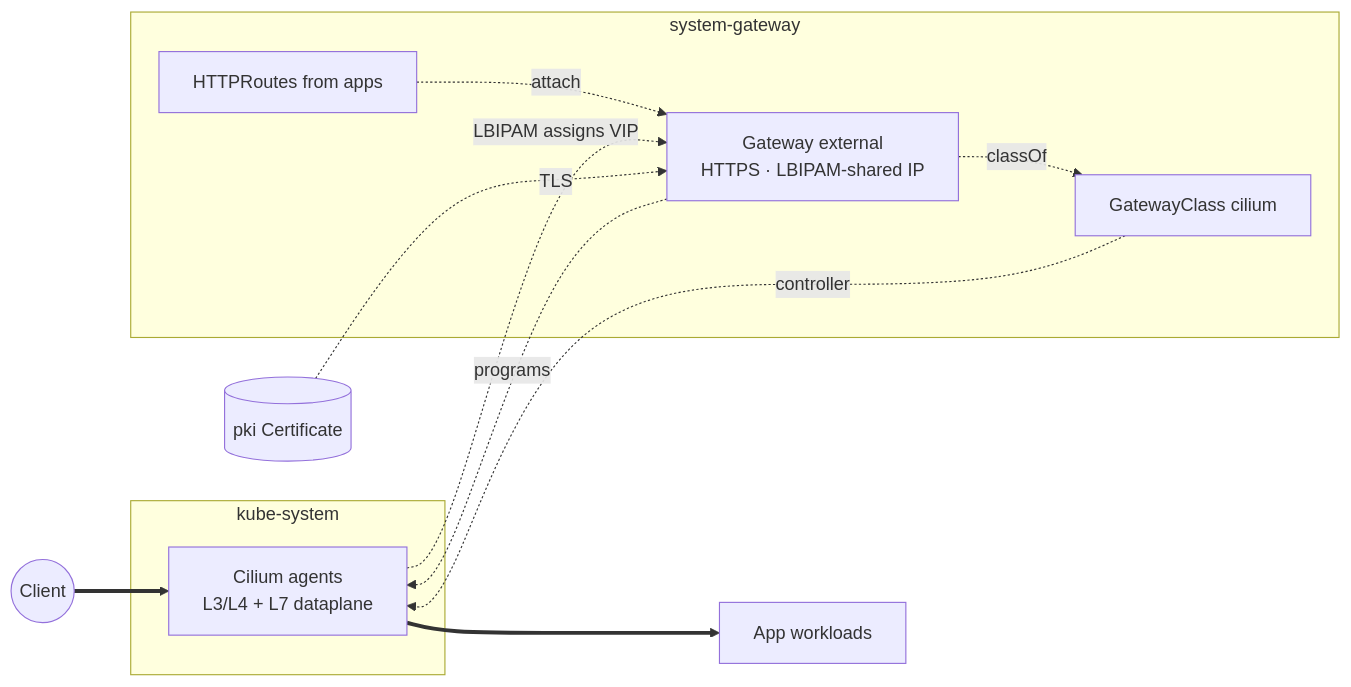
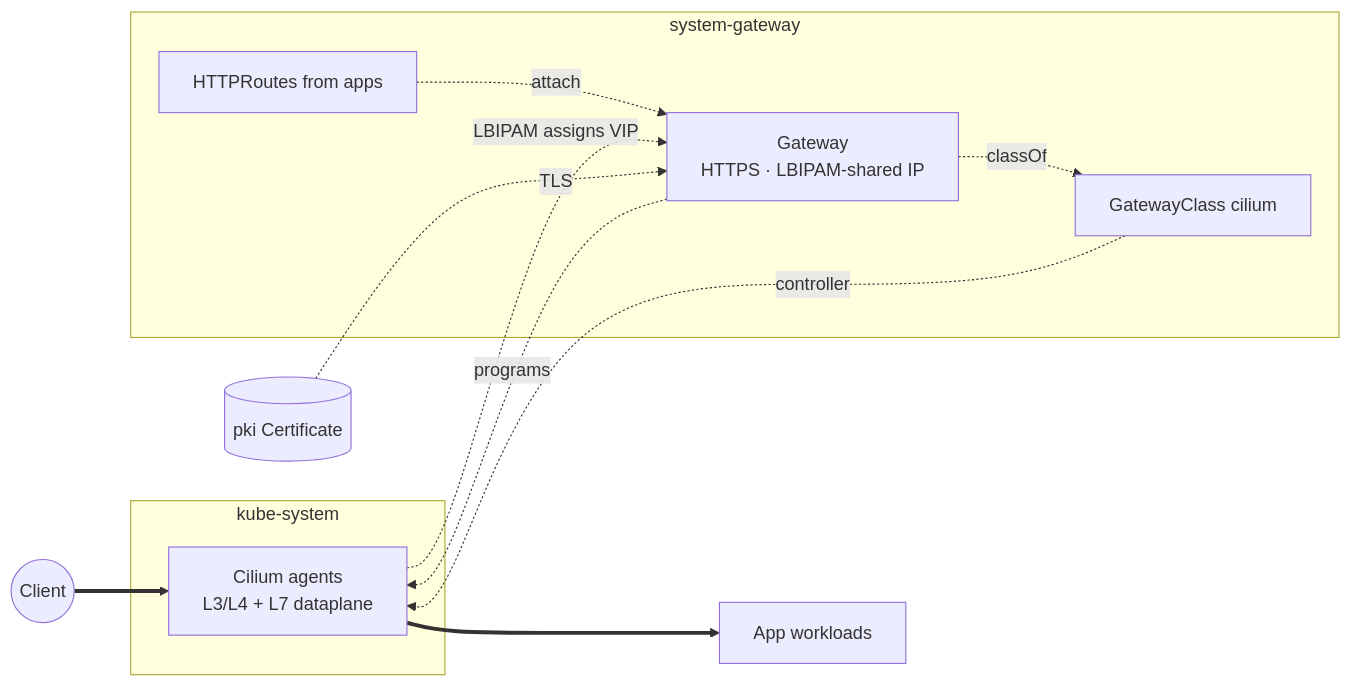
One commit to windsorcli/core changed the fourth of 4 diagrams in kustomize/gateway/README.md. Above: the diagram before and after it, drawn with Mermaid. The commit also changed other lines of this file and 164 other files, not shown here.

Commit message:
feat(gateway): provision external and internal gateways from the domains (#3018)

````diff
--- a/kustomize/gateway/README.md
+++ b/kustomize/gateway/README.md
@@ -177,24 +199,24 @@
 ```mermaid
 flowchart LR
   client((Client))
 
   subgraph systemgateway[system-gateway]
     gc[GatewayClass cilium]
-    gw[Gateway external<br/>HTTPS · LBIPAM-shared IP]
+    gw[Gateway<br/>HTTPS · LBIPAM-shared IP]
     routes[HTTPRoutes from apps]
   end
 
   subgraph kubesystem[kube-system]
     cil[Cilium agents<br/>L3/L4 + L7 dataplane]
   end
 
   cert[(pki Certificate)]
   app[App workloads]
 
   client ==> cil ==> app
   gw -. classOf .-> gc -. controller .-> cil
   gw -. programs .-> cil
   routes -. attach .-> gw
   cil -. LBIPAM assigns VIP .-> gw
   cert -. TLS .-> gw
 ```
````
